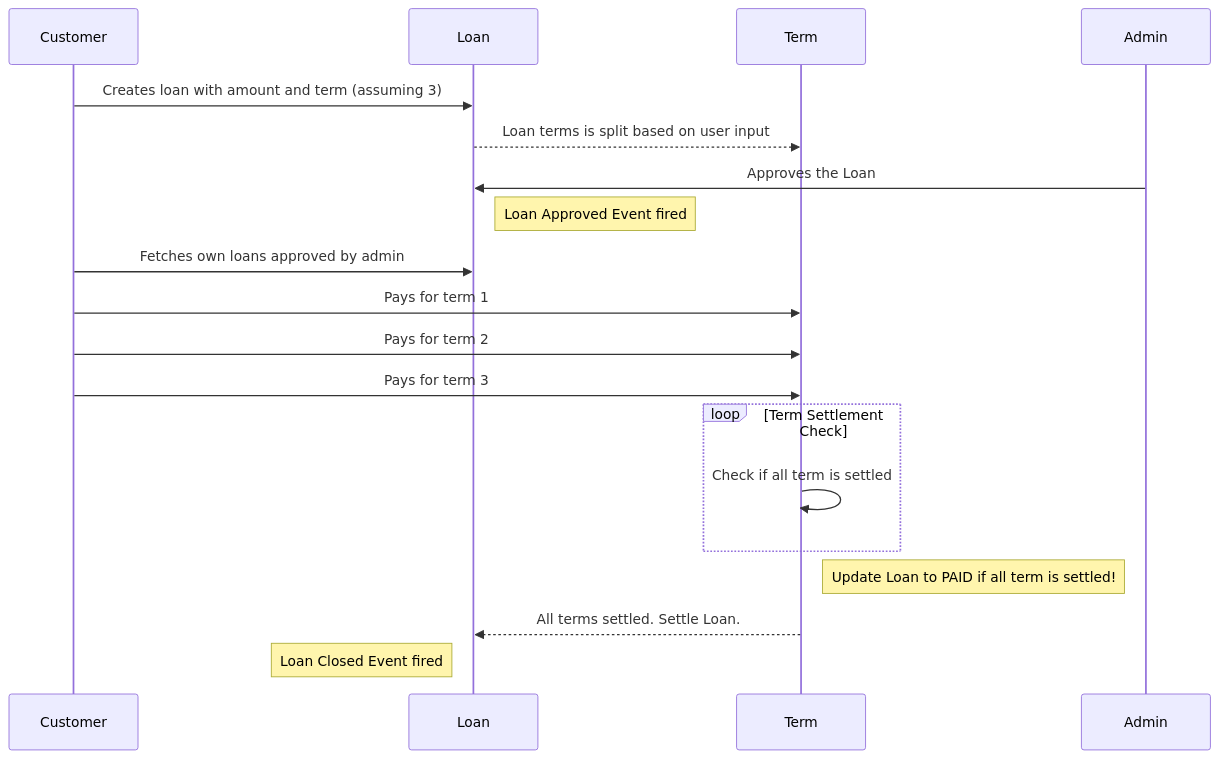
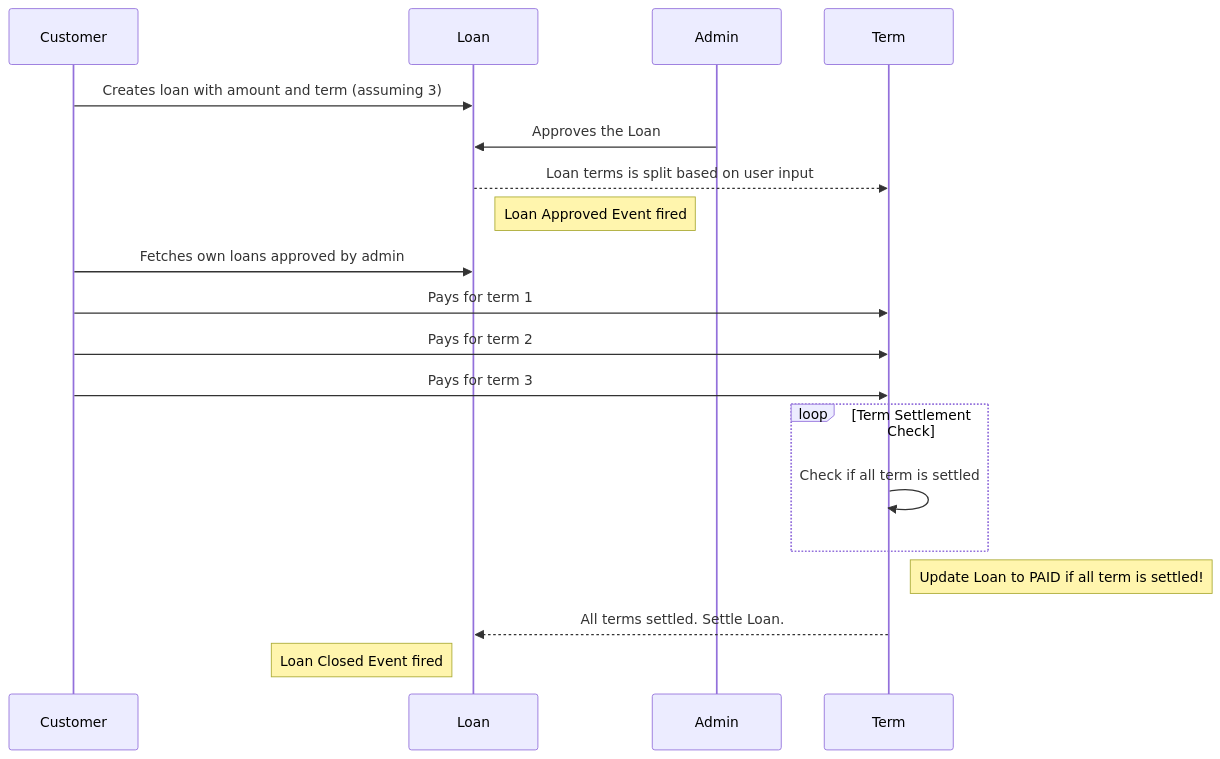
One commit to Sarav-S/aspire-code-challenge changed the diagram in README.md. Above: the diagram before and after it, drawn with Mermaid. The commit also changed other lines of this file, not shown here.

Commit message:
Admin flow change

````diff
--- a/README.md
+++ b/README.md
@@ -37,18 +37,18 @@
 ```mermaid
 sequenceDiagram
 Customer ->> Loan: Creates loan with amount and term (assuming 3)
+Admin->>Loan: Approves the Loan
 Loan-->>Term: Loan terms is split based on user input
-Admin->>Loan: Approves the Loan
 Note right of Loan: Loan Approved Event fired
 Customer ->> Loan: Fetches own loans approved by admin
 Customer ->> Term: Pays for term 1
 Customer ->> Term: Pays for term 2
 Customer ->> Term: Pays for term 3
 loop Term Settlement Check  
  Term->>Term: Check if all term is settled
 end  
 Note right of Term: Update Loan to PAID if all term is settled!
 Term-->>Loan: All terms settled. Settle Loan.
 Note left of Loan: Loan Closed Event fired
 
 ```
````
